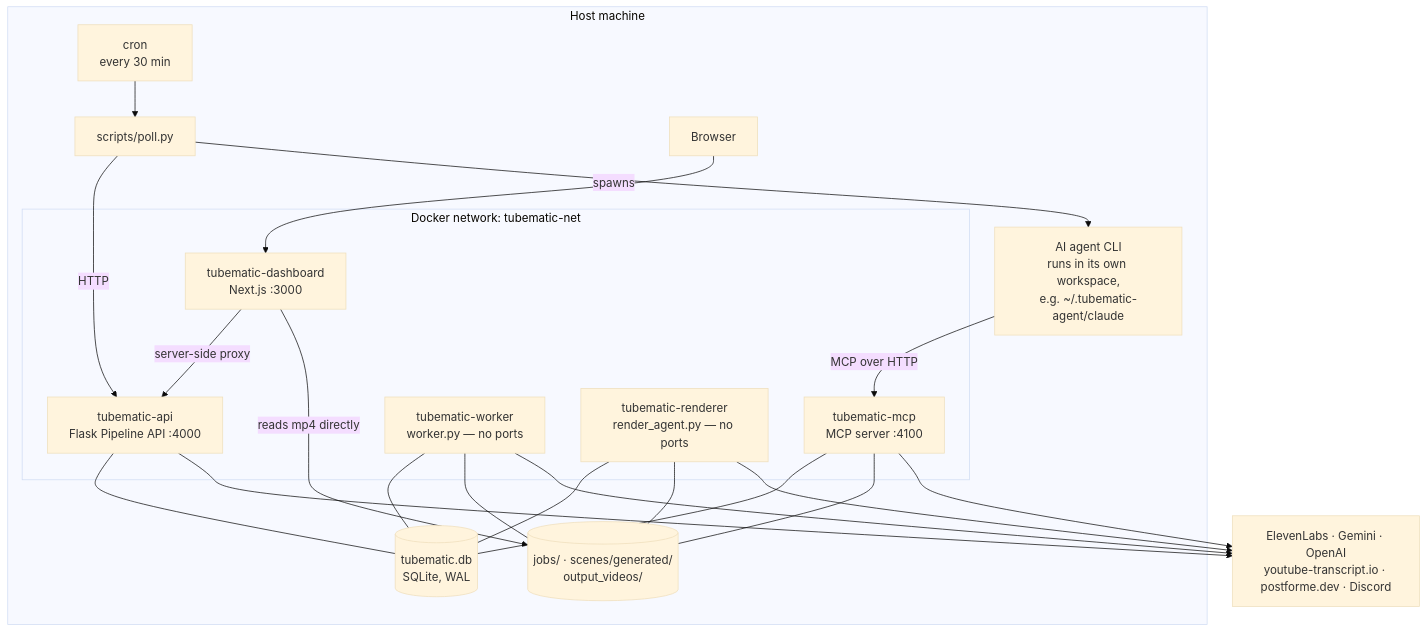
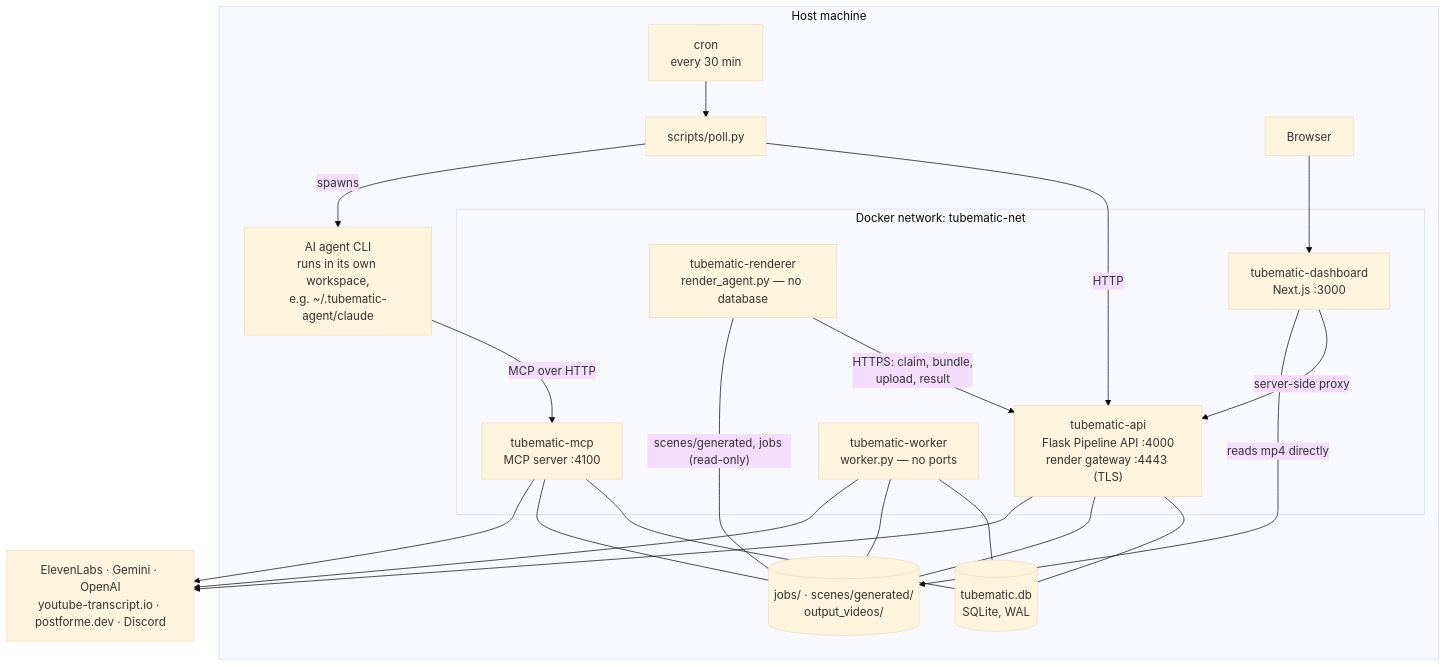
The diagram in docs/developer/01-architecture.md (teja156/tubematic), drawn with Mermaid (base theme) before and after one commit. The commit also changed other lines of this file and 25 other files, not shown here.

````diff
--- a/docs/developer/01-architecture.md
+++ b/docs/developer/01-architecture.md
@@ -6,43 +7,43 @@
 ```mermaid
 flowchart TB
     subgraph HOST["Host machine"]
         CRON["cron<br/>every 30 min"]
         POLL["scripts/poll.py"]
         AGENT["AI agent CLI<br/>runs in its own workspace,<br/>e.g. ~/.tubematic-agent/claude"]
         BROWSER["Browser"]
 
         subgraph NET["Docker network: tubematic-net"]
-            FLASK["tubematic-api<br/>Flask Pipeline API :4000"]
+            FLASK["tubematic-api<br/>Flask Pipeline API :4000<br/>render gateway :4443 (TLS)"]
             MCP["tubematic-mcp<br/>MCP server :4100"]
             WORKER["tubematic-worker<br/>worker.py — no ports"]
-            RENDER["tubematic-renderer<br/>render_agent.py — no ports"]
+            RENDER["tubematic-renderer<br/>render_agent.py — no database"]
             DASH["tubematic-dashboard<br/>Next.js :3000"]
         end
 
         DB[("tubematic.db<br/>SQLite, WAL")]
         FILES[("jobs/ · scenes/generated/<br/>output_videos/")]
     end
 
     EXT["ElevenLabs · Gemini · OpenAI<br/>youtube-transcript.io · postforme.dev · Discord"]
 
     CRON --> POLL
     POLL -->|HTTP| FLASK
     POLL -->|spawns| AGENT
     AGENT -->|MCP over HTTP| MCP
     BROWSER --> DASH
     DASH -->|server-side proxy| FLASK
     DASH -->|reads mp4 directly| FILES
 
     FLASK --- DB
     MCP --- DB
     WORKER --- DB
-    RENDER --- DB
+    RENDER -->|"HTTPS: claim, bundle,<br/>upload, result"| FLASK
+    FLASK --- FILES
     MCP --- FILES
     WORKER --- FILES
-    RENDER --- FILES
+    RENDER ---|"scenes/generated, jobs (read-only)"| FILES
 
     MCP --> EXT
     WORKER --> EXT
-    RENDER --> EXT
     FLASK --> EXT
 ```
````
